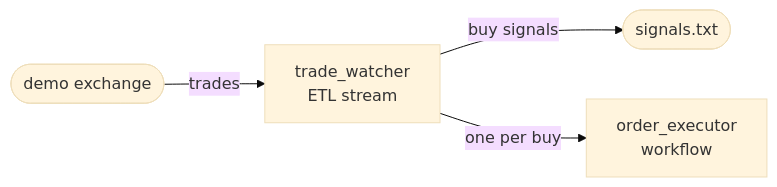
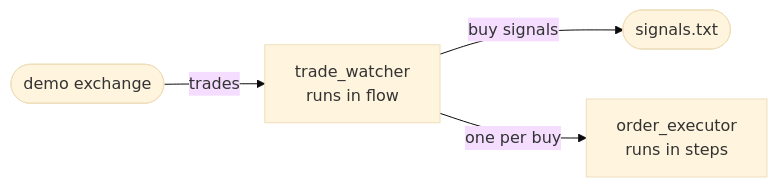
The diagram in docs/guides/tradedesk/going_further.md (Flezha/flezha), drawn with Mermaid (base theme) before and after one commit. The commit also changed other lines of this file and 40 other files, not shown here.

````diff
--- a/docs/guides/tradedesk/going_further.md
+++ b/docs/guides/tradedesk/going_further.md
@@ -14,6 +14,6 @@
 ```mermaid
 flowchart LR
-    X(["demo exchange"]) -->|trades| W["trade_watcher<br/>ETL stream"]
+    X(["demo exchange"]) -->|trades| W["trade_watcher<br/>runs in flow"]
     W -->|buy signals| F(["signals.txt"])
-    W -->|one per buy| O["order_executor<br/>workflow"]
+    W -->|one per buy| O["order_executor<br/>runs in steps"]
 ```
````
